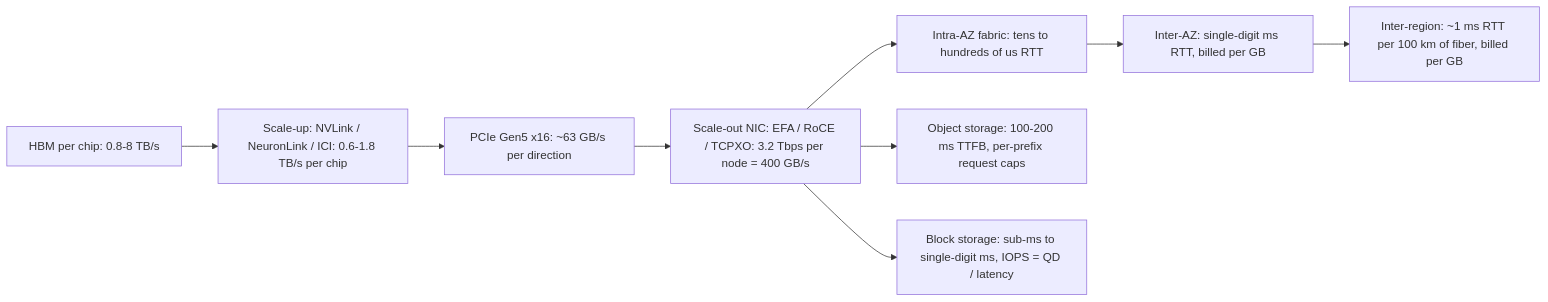
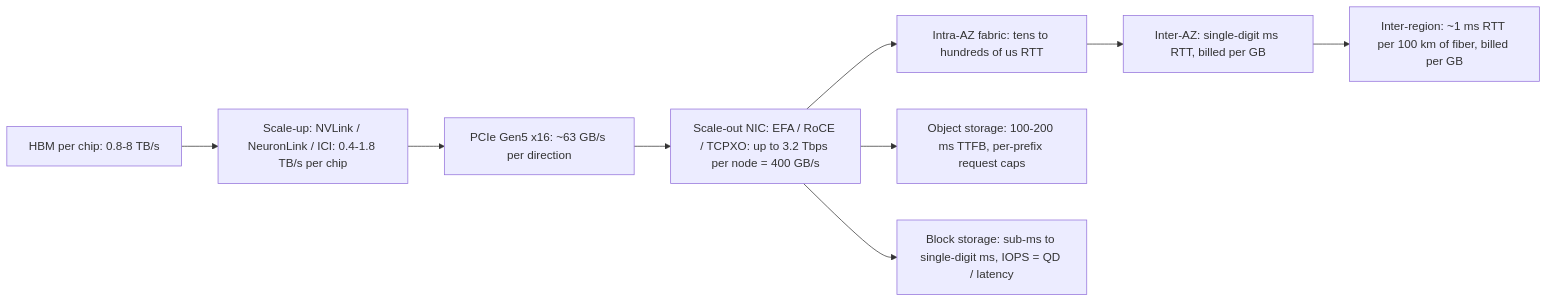
The diagram in 17-Cloud-AI-Engineering/Volume_14_Staff_Plus_Interview_Arena/Chapter_06_Cloud_AI_Numbers_Every_Staff_Engineer_Must_Know.md (shreejitverma/SDE-Interview-Prep), drawn with Mermaid before and after one commit. The commit also changed other lines of this file and 143 other files, not shown here.

````diff
--- a/17-Cloud-AI-Engineering/Volume_14_Staff_Plus_Interview_Arena/Chapter_06_Cloud_AI_Numbers_Every_Staff_Engineer_Must_Know.md
+++ b/17-Cloud-AI-Engineering/Volume_14_Staff_Plus_Interview_Arena/Chapter_06_Cloud_AI_Numbers_Every_Staff_Engineer_Must_Know.md
@@ -41,11 +62,11 @@
 ```mermaid
 flowchart LR
-  HBM["HBM per chip: 0.8-8 TB/s"] --> SU["Scale-up: NVLink / NeuronLink / ICI: 0.6-1.8 TB/s per chip"]
+  HBM["HBM per chip: 0.8-8 TB/s"] --> SU["Scale-up: NVLink / NeuronLink / ICI: 0.4-1.8 TB/s per chip"]
   SU --> PCIE["PCIe Gen5 x16: ~63 GB/s per direction"]
-  PCIE --> NIC["Scale-out NIC: EFA / RoCE / TCPXO: 3.2 Tbps per node = 400 GB/s"]
+  PCIE --> NIC["Scale-out NIC: EFA / RoCE / TCPXO: up to 3.2 Tbps per node = 400 GB/s"]
   NIC --> AZ["Intra-AZ fabric: tens to hundreds of us RTT"]
   AZ --> XAZ["Inter-AZ: single-digit ms RTT, billed per GB"]
   XAZ --> XR["Inter-region: ~1 ms RTT per 100 km of fiber, billed per GB"]
   NIC --> OBJ["Object storage: 100-200 ms TTFB, per-prefix request caps"]
   NIC --> BLK["Block storage: sub-ms to single-digit ms, IOPS = QD / latency"]
 ```
````
